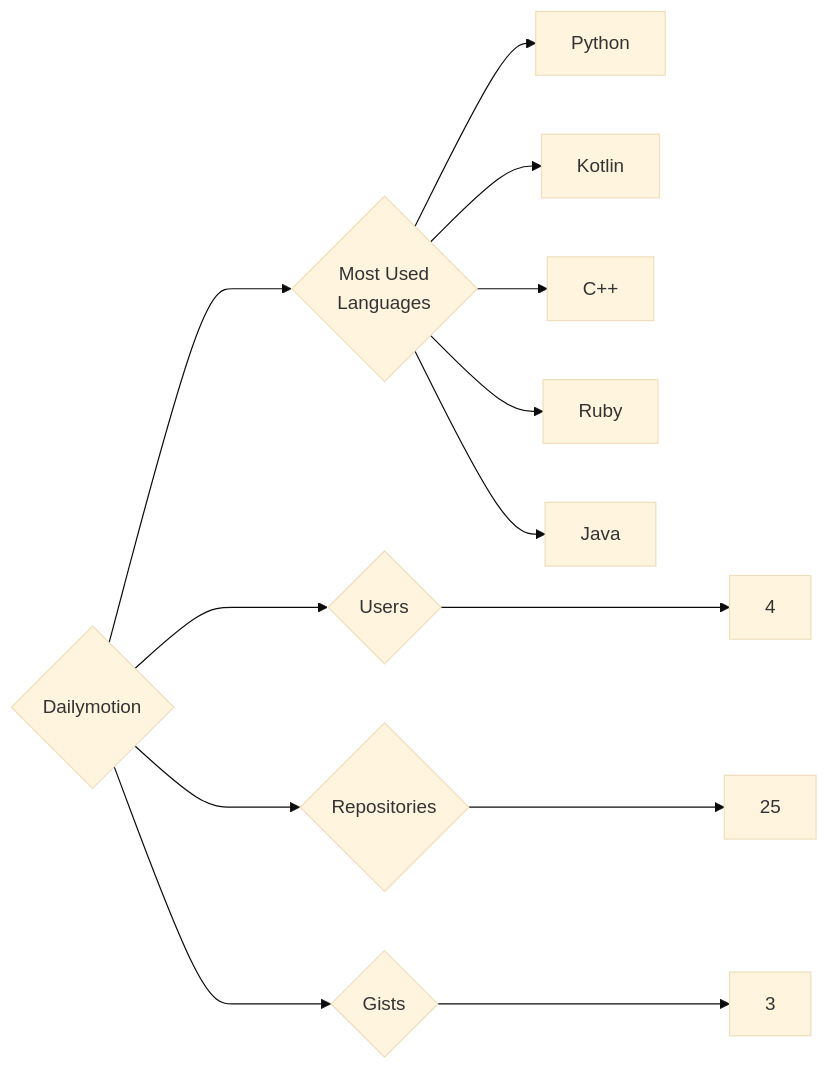
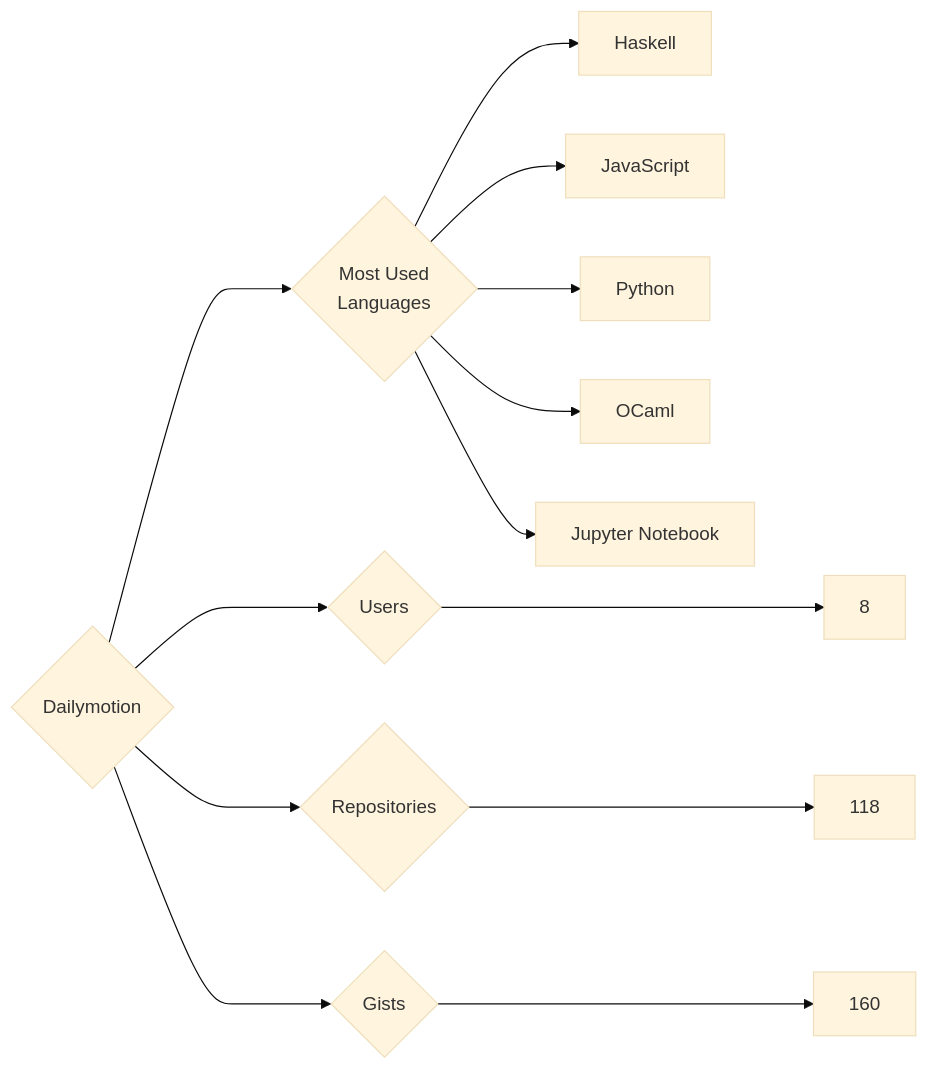
Before and after one commit to trickest/insiders: the diagram in targets/Dailymotion/README.md, drawn with Mermaid (base theme). The commit also changed 1141 other files, not shown here.

````diff
--- a/targets/Dailymotion/README.md
+++ b/targets/Dailymotion/README.md
@@ -3,13 +3,13 @@
 ```mermaid
 graph LR
 COMPANY_NAME{Dailymotion}
-COMPANY_NAME ---> U{Users} ---> UN[4]
-COMPANY_NAME ---> R{Repositories} ---> RN[25]
-COMPANY_NAME ---> G{Gists} ---> GN[3]
+COMPANY_NAME ---> U{Users} ---> UN[8]
+COMPANY_NAME ---> R{Repositories} ---> RN[118]
+COMPANY_NAME ---> G{Gists} ---> GN[160]
 COMPANY_NAME ---> ML{Most Used<br>Languages}
+ML --> Haskell[Haskell]
+ML --> JavaScript[JavaScript]
 ML --> Python[Python]
-ML --> Kotlin[Kotlin]
-ML --> C++[C++]
-ML --> Ruby[Ruby]
-ML --> Java[Java]
+ML --> OCaml[OCaml]
+ML --> Jupyter_Notebook[Jupyter Notebook]
 ```
````
